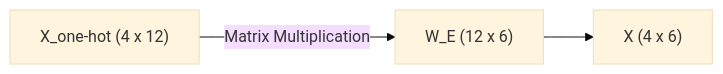
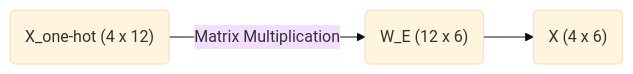
Before and after one commit to Lyd1aCla1r3/lyd1acla1r3.github.io: the diagram in blog/content/series/transformers/article_01.md, drawn with Mermaid (base theme). The commit also changed other lines of this file and 1 other file, not shown here.

````diff
--- a/blog/content/series/transformers/article_01.md
+++ b/blog/content/series/transformers/article_01.md
@@ -102,5 +95,5 @@
 ```mermaid
 graph LR
-    A["X_one-hot (4 x 12)"] -->|Matrix Multiplication| B["W_E (12 x 6)"]
-    B --> C["X (4 x 6)"]
+    A("X_one-hot (4 x 12)") -->|Matrix Multiplication| B("W_E (12 x 6)")
+    B --> C("X (4 x 6)")
 ```
````
